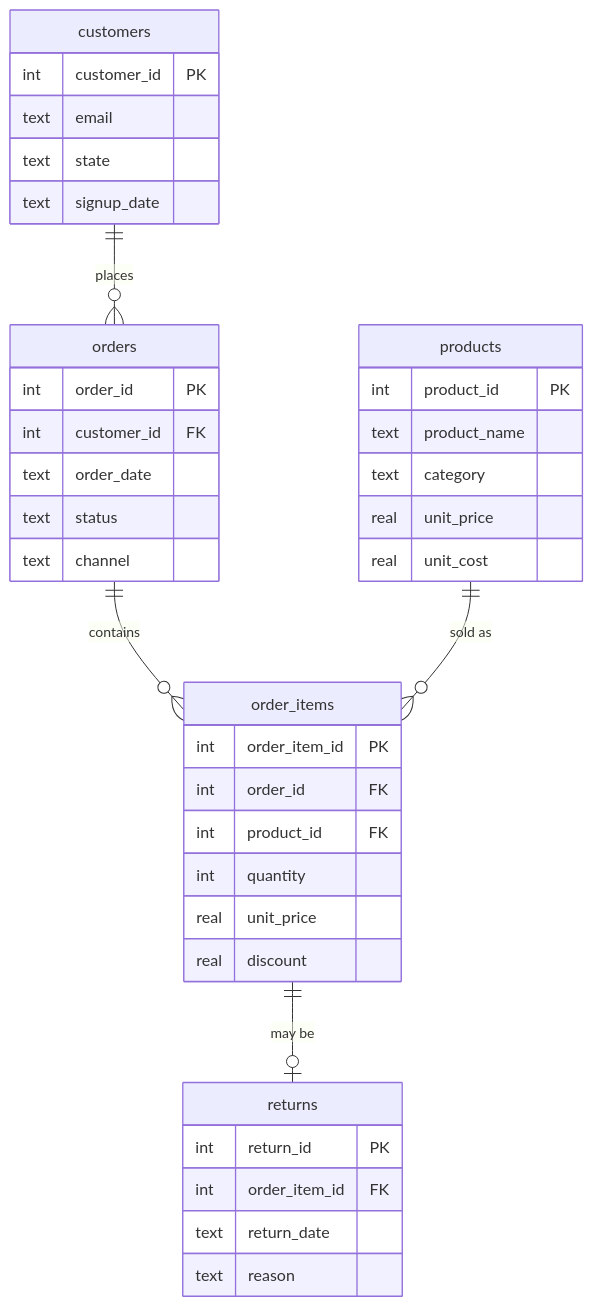
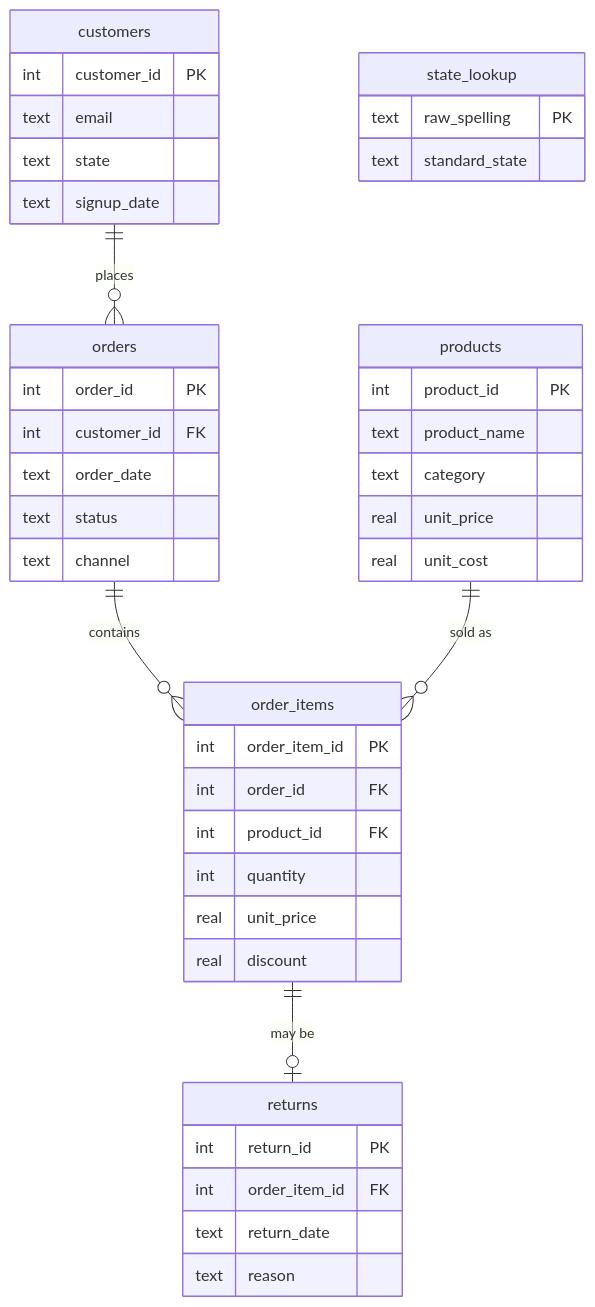
Before and after one commit to AdityaChaudhuri/sql-retail-analytics: the diagram in README.md, drawn with Mermaid. The commit also changed other lines of this file and 7 other files, not shown here.

````diff
--- a/README.md
+++ b/README.md
@@ -23,32 +22,34 @@
 ```mermaid
 erDiagram
-    customers   ||--o{ orders      : places
-    orders      ||--o{ order_items : contains
-    products    ||--o{ order_items : "sold as"
-    order_items ||--o| returns     : "may be"
+    customers    ||--o{ orders      : places
+    orders       ||--o{ order_items : contains
+    products     ||--o{ order_items : "sold as"
+    order_items  ||--o| returns     : "may be"
 
-    customers   { int customer_id PK
-                  text email
-                  text state
-                  text signup_date }
-    orders      { int order_id PK
-                  int customer_id FK
-                  text order_date
-                  text status
-                  text channel }
-    order_items { int order_item_id PK
-                  int order_id FK
-                  int product_id FK
-                  int quantity
-                  real unit_price
-                  real discount }
-    products    { int product_id PK
-                  text product_name
-                  text category
-                  real unit_price
-                  real unit_cost }
-    returns     { int return_id PK
-                  int order_item_id FK
-                  text return_date
-                  text reason }
+    customers    { int customer_id PK
+                   text email
+                   text state
+                   text signup_date }
+    orders       { int order_id PK
+                   int customer_id FK
+                   text order_date
+                   text status
+                   text channel }
+    order_items  { int order_item_id PK
+                   int order_id FK
+                   int product_id FK
+                   int quantity
+                   real unit_price
+                   real discount }
+    products     { int product_id PK
+                   text product_name
+                   text category
+                   real unit_price
+                   real unit_cost }
+    returns      { int return_id PK
+                   int order_item_id FK
+                   text return_date
+                   text reason }
+    state_lookup { text raw_spelling PK
+                   text standard_state }
 ```
````
